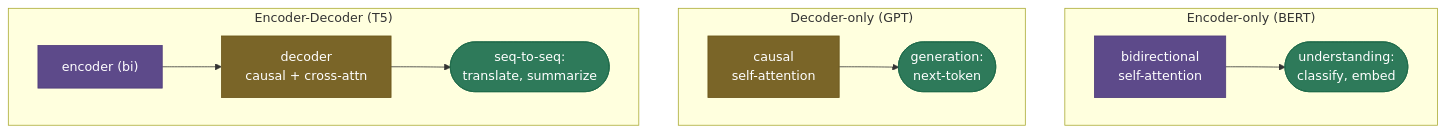
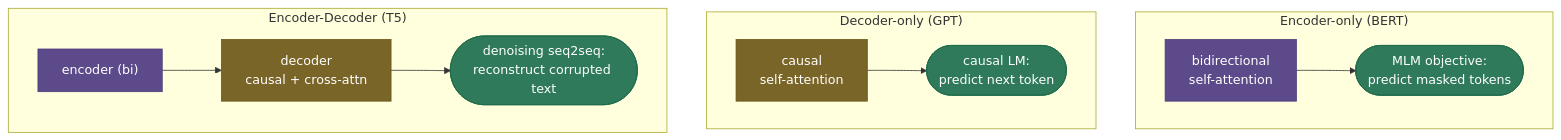
One commit to sudhir13s/AI-ML-learning-resources changed the third of 4 diagrams in 05. Deep_Learning/concepts/16-Transformer-Architecture.md. Above: the diagram before and after it, drawn with Mermaid. The commit also changed other lines of this file and 1 other file, not shown here.

````diff
--- a/05. Deep_Learning/concepts/16-Transformer-Architecture.md
+++ b/05. Deep_Learning/concepts/16-Transformer-Architecture.md
@@ -122,17 +169,17 @@
 ```mermaid
 graph TD
     subgraph E["Encoder-only (BERT)"]
-    EB["bidirectional<br/>self-attention"]:::process --> EU(["understanding:<br/>classify, embed"]):::out
+    EB["bidirectional<br/>self-attention"]:::process --> EU(["MLM objective:<br/>predict masked tokens"]):::out
     end
     subgraph D["Decoder-only (GPT)"]
-    DB["causal<br/>self-attention"]:::amber --> DU(["generation:<br/>next-token"]):::out
+    DB["causal<br/>self-attention"]:::amber --> DU(["causal LM:<br/>predict next token"]):::out
     end
     subgraph ED["Encoder-Decoder (T5)"]
     EDX["encoder (bi)"]:::process --> EDC["decoder<br/>causal + cross-attn"]:::amber
-    EDC --> EDU(["seq-to-seq:<br/>translate, summarize"]):::out
+    EDC --> EDU(["denoising seq2seq:<br/>reconstruct corrupted text"]):::out
     end
 
     classDef process fill:#5D4A8A,stroke:#4D3A7A,color:#fff
     classDef amber fill:#7A6528,stroke:#6A5518,color:#fff
     classDef out fill:#2E7A5A,stroke:#1E6A4A,color:#fff
 ```
````
